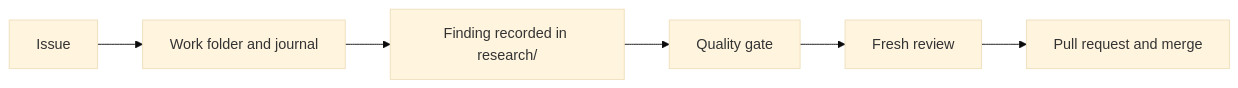
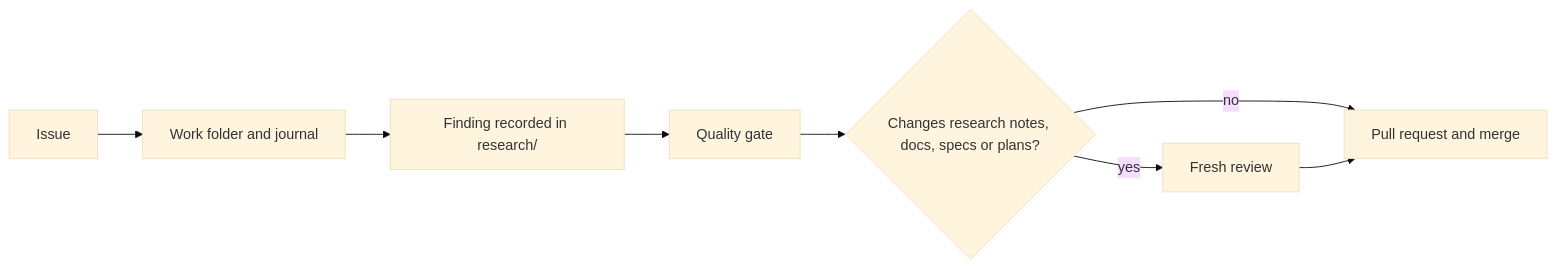
The diagram in site/guides/process.md (neilsh/stunt-reel), drawn with Mermaid (base theme) before and after one commit. The commit also changed other lines of this file, not shown here.

Commit message:
docs(site): source the process guide's review and worktree claims (#588)

````diff
--- a/site/guides/process.md
+++ b/site/guides/process.md
@@ -10,8 +10,10 @@
 ```mermaid
 flowchart LR
     A["Issue"] --> B["Work folder and journal"]
     B --> C["Finding recorded in research/"]
     C --> D["Quality gate"]
-    D --> E["Fresh review"]
-    E --> F["Pull request and merge"]
+    D --> E{"Changes research notes, docs, specs or plans?"}
+    E -->|"yes"| F["Fresh review"]
+    E -->|"no"| G["Pull request and merge"]
+    F --> G
 ```
````
